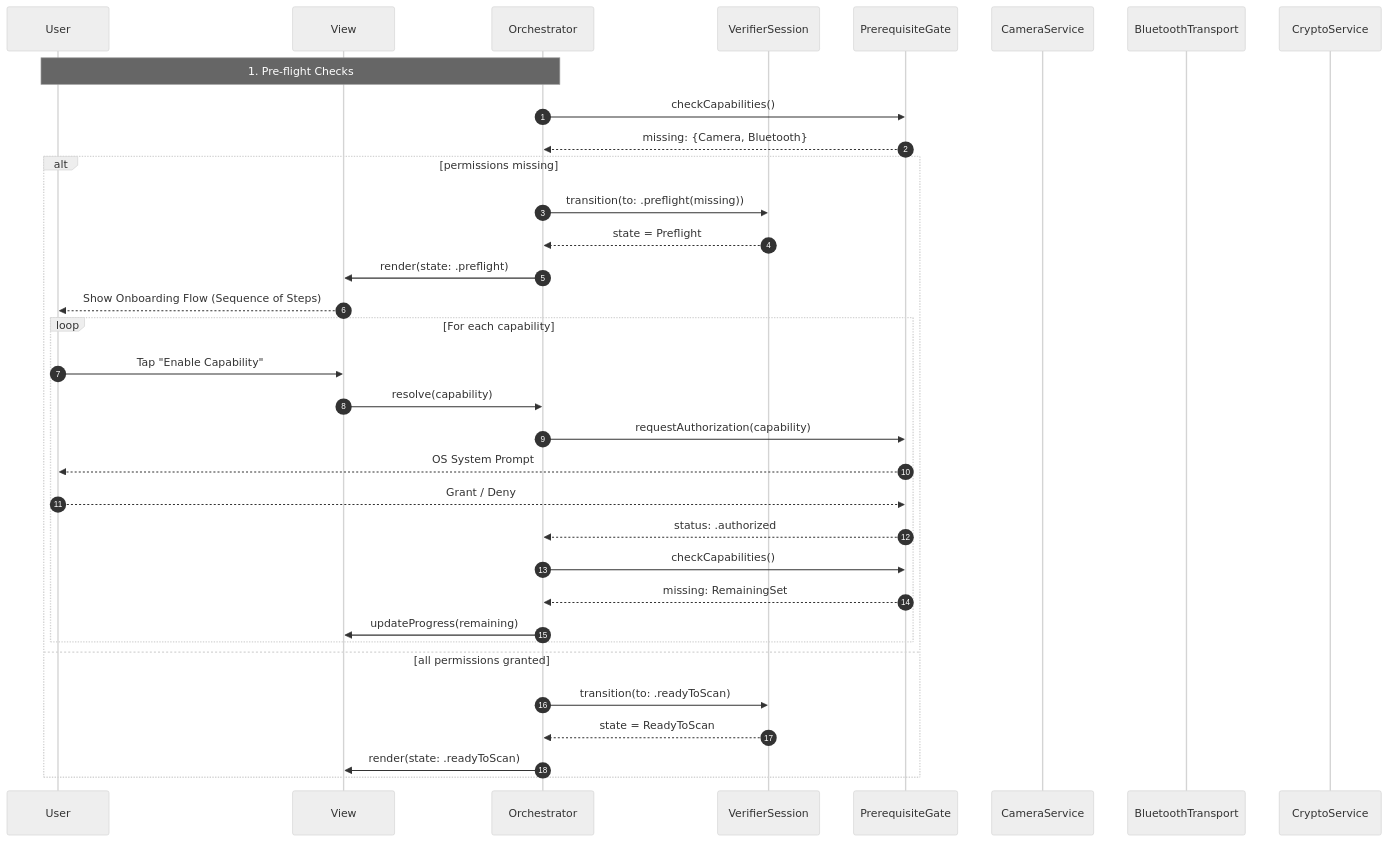
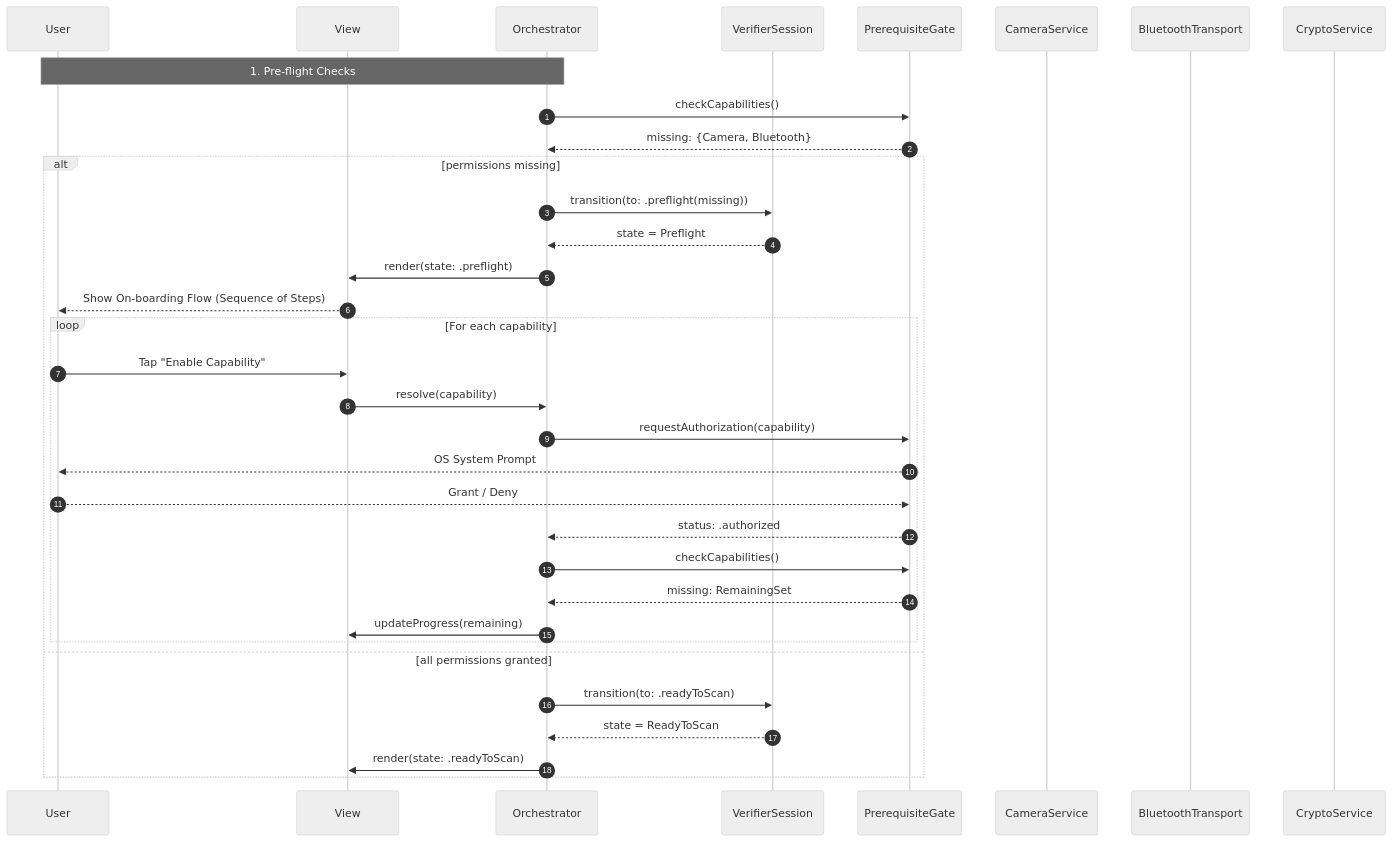
The second of 8 diagrams in verifier-solution-architecture.md (govuk-one-login/mobile-credential-sharing-docs), drawn with Mermaid (neutral theme) before and after one commit. The commit also changed other lines of this file and 16 other files, not shown here.

````diff
--- a/verifier-solution-architecture.md
+++ b/verifier-solution-architecture.md
@@ -118,48 +193,48 @@
 ```mermaid
 sequenceDiagram
     autonumber
     
     participant User
     participant UI as View
     participant OR as Orchestrator
     participant VS as VerifierSession
     participant PG as PrerequisiteGate
     participant CAM as CameraService
     participant BLE as BluetoothTransport
     participant CRY as CryptoService
 
     Note over User, OR: 1. Pre-flight Checks
 
     %% 1. Batch Check
     OR->>PG: checkCapabilities()
     PG-->>OR: missing: {Camera, Bluetooth}
 
     alt permissions missing
         OR->>VS: transition(to: .preflight(missing))
         VS-->>OR: state = Preflight
         OR->>UI: render(state: .preflight)
         
-        %% 2. Unified Onboarding
-        UI-->>User: Show Onboarding Flow (Sequence of Steps)
+        %% 2. Unified On-boarding
+        UI-->>User: Show On-boarding Flow (Sequence of Steps)
         
         %% 3. Sequential Resolution
         loop For each capability
             User->>UI: Tap "Enable Capability"
             UI->>OR: resolve(capability)
             OR->>PG: requestAuthorization(capability)
             PG-->>User: OS System Prompt
             User-->>PG: Grant / Deny
             PG-->>OR: status: .authorized
             
             %% Re-check to confirm progress or completion
             OR->>PG: checkCapabilities()
             PG-->>OR: missing: RemainingSet
             OR->>UI: updateProgress(remaining)
         end
 
     else all permissions granted
         OR->>VS: transition(to: .readyToScan)
         VS-->>OR: state = ReadyToScan
         OR->>UI: render(state: .readyToScan)
     end
 ```
````
